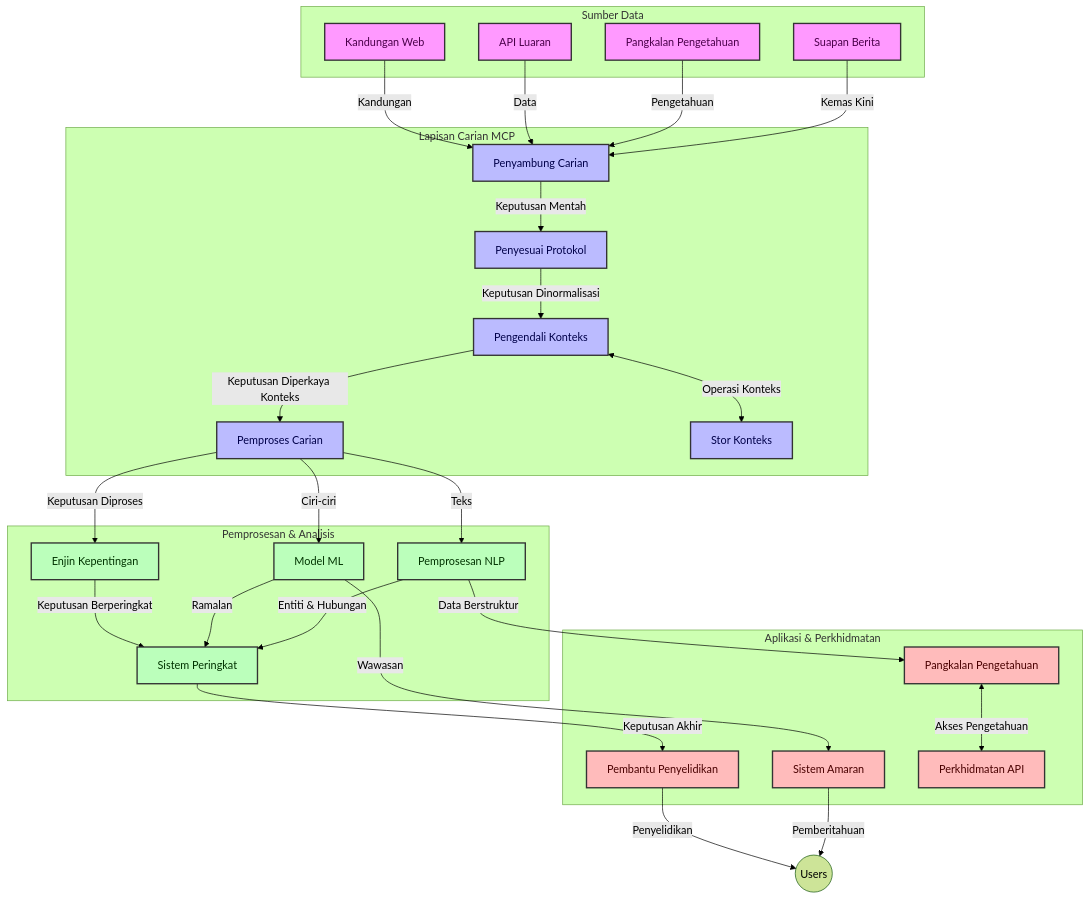
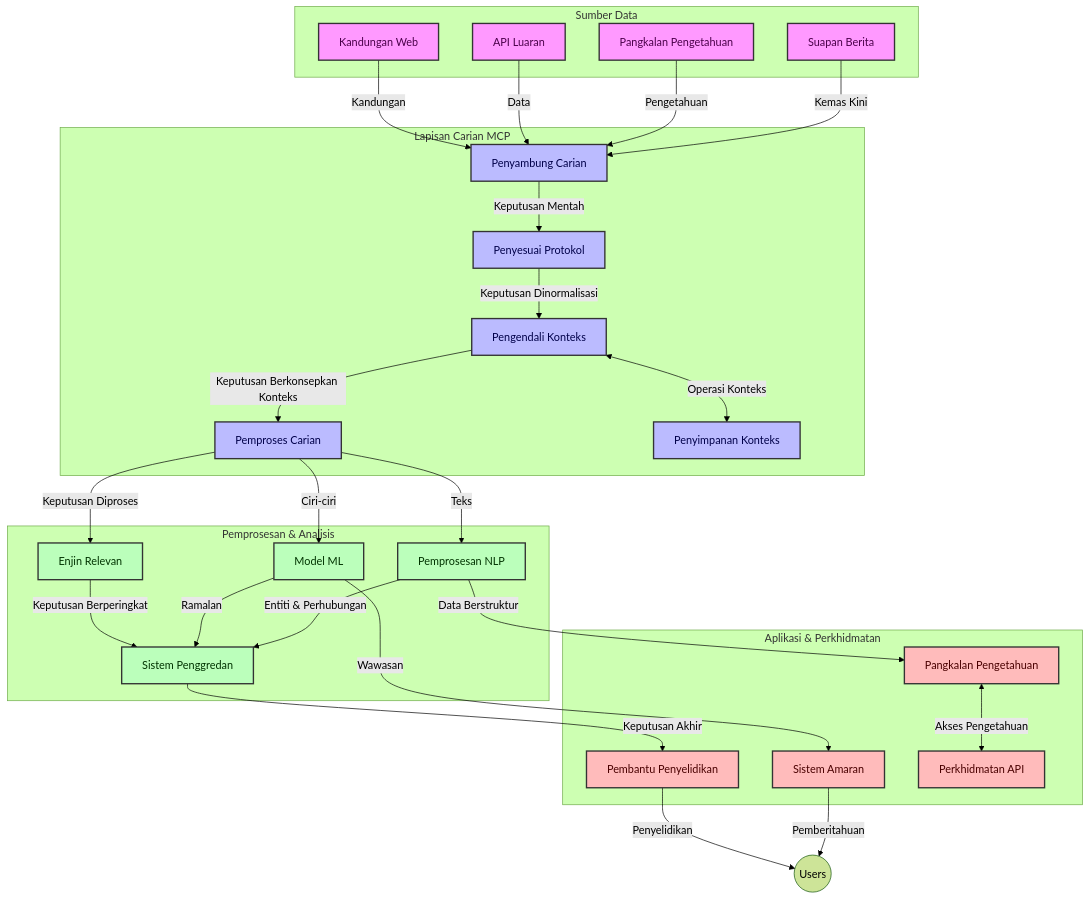
One commit to microsoft/mcp-for-beginners changed the first of 4 diagrams in translations/ms/05-AdvancedTopics/mcp-realtimesearch/README.md. Above: the diagram before and after it, drawn with Mermaid (forest theme). The commit also changed other lines of this file and 152 other files, not shown here.

````diff
--- a/translations/ms/05-AdvancedTopics/mcp-realtimesearch/README.md
+++ b/translations/ms/05-AdvancedTopics/mcp-realtimesearch/README.md
@@ -109,66 +109,66 @@
 ```mermaid
 graph TD
     subgraph "Sumber Data"
         Web[Kandungan Web]
         APIs[API Luaran]
         DB[Pangkalan Pengetahuan]
         News[Suapan Berita]
     end
 
     subgraph "Lapisan Carian MCP"
         SC[Penyambung Carian]
         PA[Penyesuai Protokol]
         CH[Pengendali Konteks]
         SP[Pemproses Carian]
-        CS[Stor Konteks]
+        CS[Penyimpanan Konteks]
     end
 
     subgraph "Pemprosesan & Analisis"
-        RE[Enjin Kepentingan]
+        RE[Enjin Relevan]
         ML[Model ML]
         NLP[Pemprosesan NLP]
-        Rank[Sistem Peringkat]
+        Rank[Sistem Penggredan]
     end
 
     subgraph "Aplikasi & Perkhidmatan"
         RA[Pembantu Penyelidikan]
         Alerts[Sistem Amaran]
         KB[Pangkalan Pengetahuan]
         API[Perkhidmatan API]
     end
 
     Web -->|Kandungan| SC
     APIs -->|Data| SC
     DB -->|Pengetahuan| SC
     News -->|Kemas Kini| SC
     
     SC -->|Keputusan Mentah| PA
     PA -->|Keputusan Dinormalisasi| CH
     CH <-->|Operasi Konteks| CS
-    CH -->|Keputusan Diperkaya Konteks| SP
+    CH -->|Keputusan Berkonsepkan Konteks| SP
     SP -->|Keputusan Diproses| RE
     SP -->|Ciri-ciri| ML
     SP -->|Teks| NLP
     
     RE -->|Keputusan Berperingkat| Rank
     ML -->|Ramalan| Rank
-    NLP -->|Entiti & Hubungan| Rank
+    NLP -->|Entiti & Perhubungan| Rank
     
     Rank -->|Keputusan Akhir| RA
     ML -->|Wawasan| Alerts
     NLP -->|Data Berstruktur| KB
     
     RA -->|Penyelidikan| Users((Users))
     Alerts -->|Pemberitahuan| Users
     KB <-->|Akses Pengetahuan| API
 
     classDef sources fill:#f9f,stroke:#333,stroke-width:2px,color:#4a004a
     classDef mcp fill:#bbf,stroke:#333,stroke-width:2px,color:#00004a
     classDef processing fill:#bfb,stroke:#333,stroke-width:2px,color:#003300
     classDef apps fill:#fbb,stroke:#333,stroke-width:2px,color:#4a0000
     
     class Web,APIs,DB,News sources
     class SC,PA,CH,SP,CS mcp
     class RE,ML,NLP,Rank processing
     class RA,Alerts,KB,API apps
 ```
````
